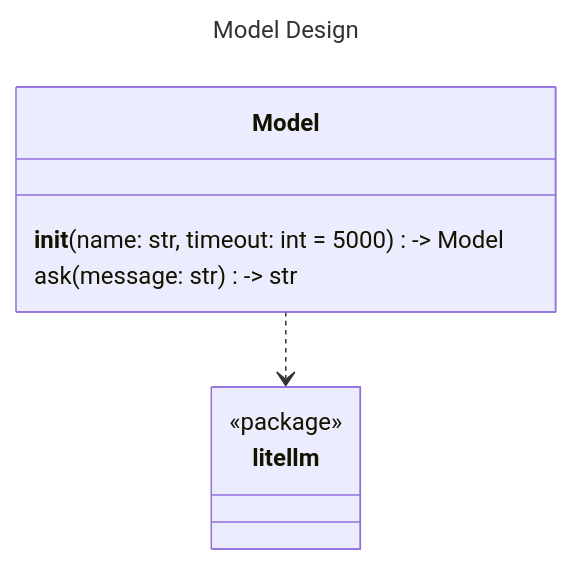
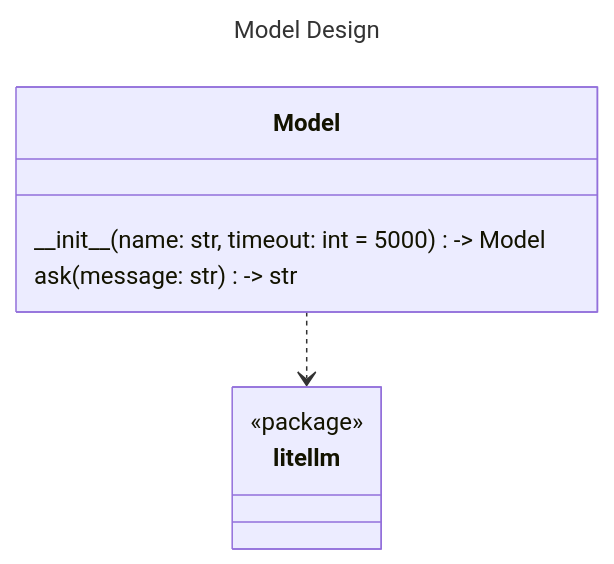
One commit to Oldranda1414/AutoDev changed the diagram in docs/assets/src/model_design.mmd. Above: the diagram before and after it, drawn with Mermaid. The commit also changed 3 other files, not shown here.

Commit message:
docs: made graphs better

```diff
--- a/docs/assets/src/model_design.mmd
+++ b/docs/assets/src/model_design.mmd
@@ -1,14 +1,14 @@
 ---
 title: Model Design
 ---
 classDiagram
     class Model {
-        __init__(name: str, timeout: int = 5000) -> Model
+        \_\_init\_\_(name: str, timeout: int = 5000) -> Model
         ask(message: str) -> str
     }
 
     class litellm {
         <<package>>
     }
 
     Model ..> litellm
```
